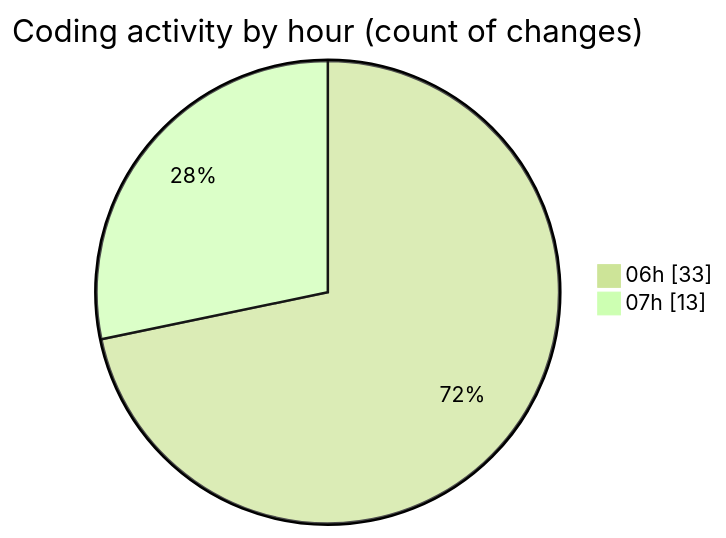
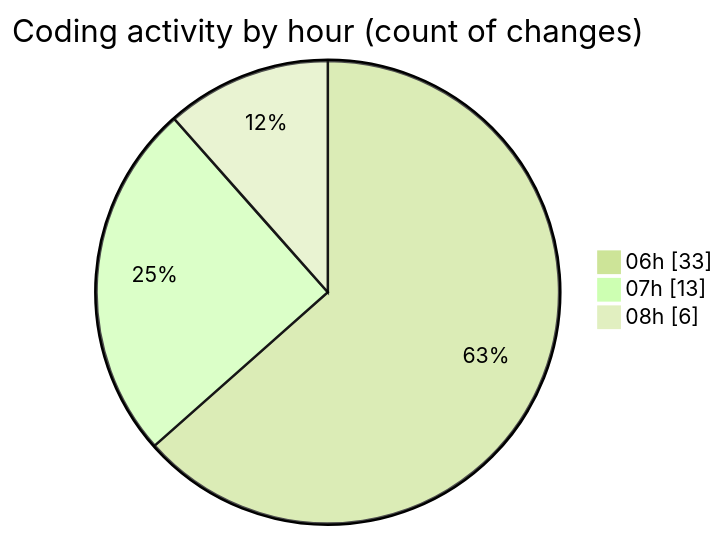
The second of 2 diagrams in 2025-02-21/micros/README.md (charlie-sans/code-tracking), drawn with Mermaid (forest theme) before and after one commit. The commit also changed other lines of this file and 1 other file, not shown here.

````diff
--- a/2025-02-21/micros/README.md
+++ b/2025-02-21/micros/README.md
@@ -58,6 +60,7 @@
 ```mermaid
 pie showData
 title Coding activity by hour (count of changes)
 "06h" : 33
 "07h" : 13
+"08h" : 6
 ```
````
